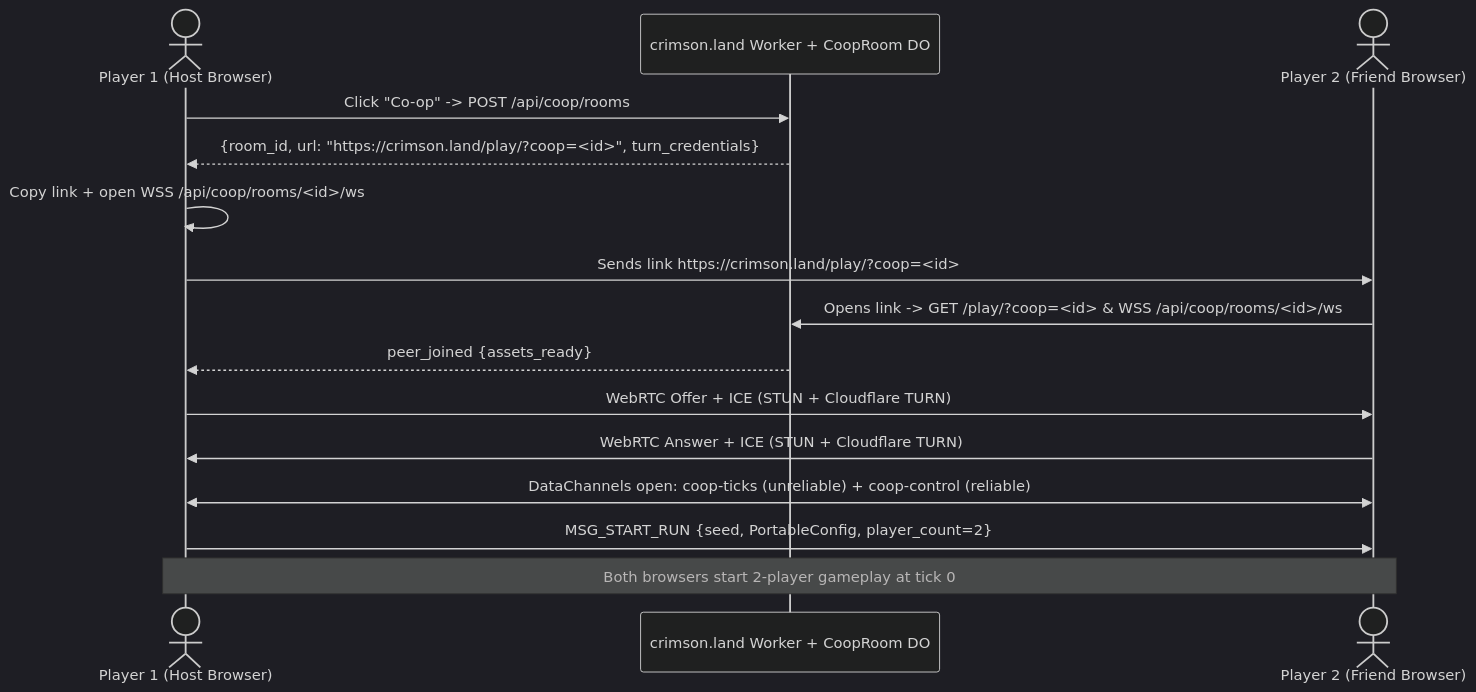
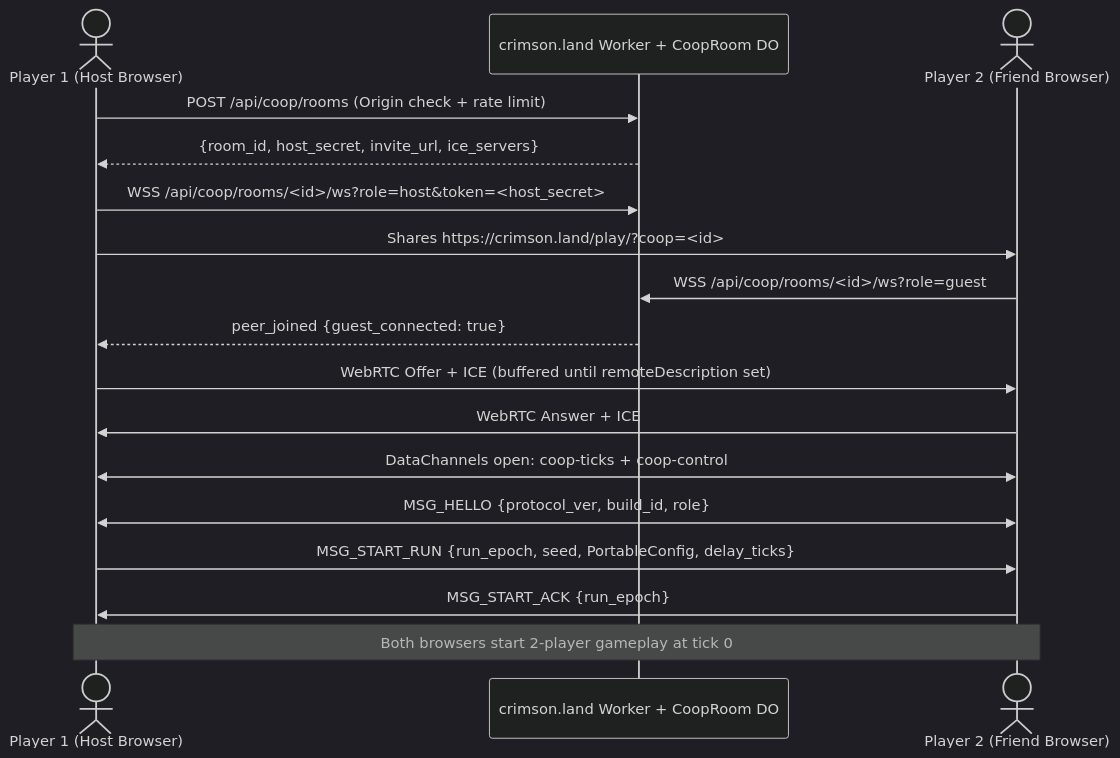
The diagram in docs/rewrite/network-coop.md (banteg/crimson), drawn with Mermaid (dark theme) before and after one commit. The commit also changed other lines of this file, not shown here.

Commit message:
docs: incorporate deep protocol, UI barrier, and UB audit into network co-op spec

````diff
--- a/docs/rewrite/network-coop.md
+++ b/docs/rewrite/network-coop.md
@@ -538,18 +711,20 @@
 ```mermaid
 sequenceDiagram
     actor Host as Player 1 (Host Browser)
     participant Worker as crimson.land Worker + CoopRoom DO
     actor Guest as Player 2 (Friend Browser)
 
-    Host->>Worker: Click "Co-op" -> POST /api/coop/rooms
-    Worker-->>Host: {room_id, url: "https://crimson.land/play/?coop=<id>", turn_credentials}
-    Host->>Host: Copy link + open WSS /api/coop/rooms/<id>/ws
-    Host->>Guest: Sends link https://crimson.land/play/?coop=<id>
-    Guest->>Worker: Opens link -> GET /play/?coop=<id> & WSS /api/coop/rooms/<id>/ws
-    Worker-->>Host: peer_joined {assets_ready}
-    Host->>Guest: WebRTC Offer + ICE (STUN + Cloudflare TURN)
-    Guest->>Host: WebRTC Answer + ICE (STUN + Cloudflare TURN)
-    Host<<->>Guest: DataChannels open: coop-ticks (unreliable) + coop-control (reliable)
-    Host->>Guest: MSG_START_RUN {seed, PortableConfig, player_count=2}
+    Host->>Worker: POST /api/coop/rooms (Origin check + rate limit)
+    Worker-->>Host: {room_id, host_secret, invite_url, ice_servers}
+    Host->>Worker: WSS /api/coop/rooms/<id>/ws?role=host&token=<host_secret>
+    Host->>Guest: Shares https://crimson.land/play/?coop=<id>
+    Guest->>Worker: WSS /api/coop/rooms/<id>/ws?role=guest
+    Worker-->>Host: peer_joined {guest_connected: true}
+    Host->>Guest: WebRTC Offer + ICE (buffered until remoteDescription set)
+    Guest->>Host: WebRTC Answer + ICE
+    Host<<->>Guest: DataChannels open: coop-ticks + coop-control
+    Host<<->>Guest: MSG_HELLO {protocol_ver, build_id, role}
+    Host->>Guest: MSG_START_RUN {run_epoch, seed, PortableConfig, delay_ticks}
+    Guest->>Host: MSG_START_ACK {run_epoch}
     Note over Host,Guest: Both browsers start 2-player gameplay at tick 0
 ```
````
